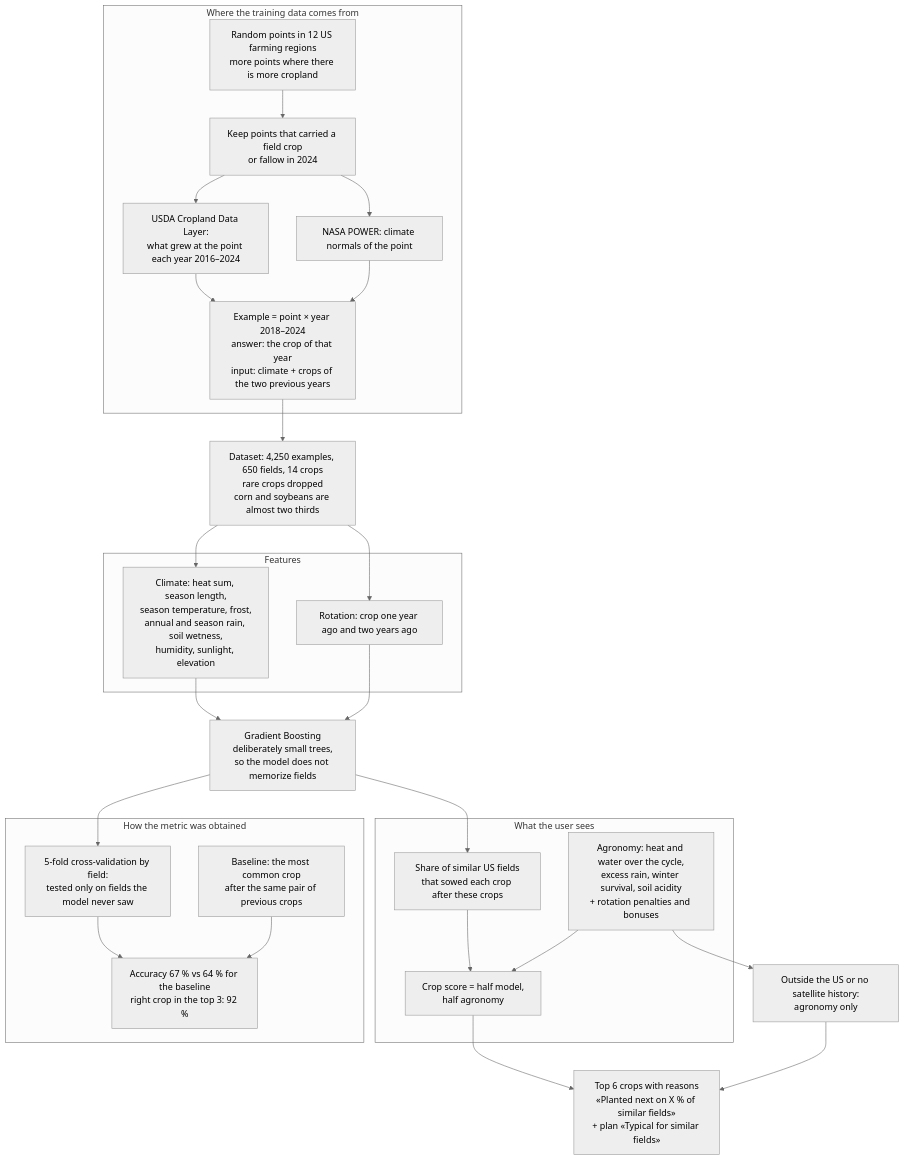
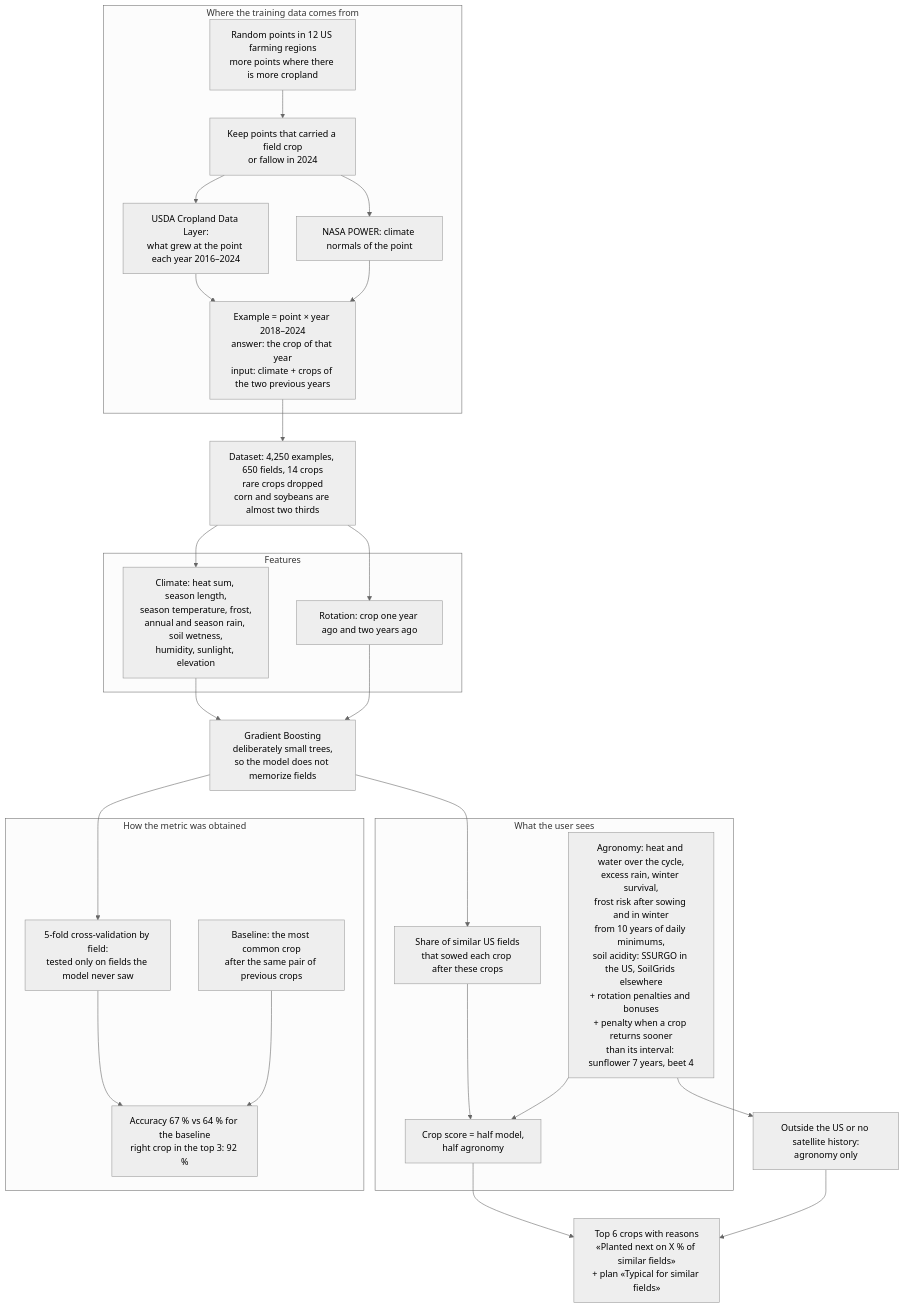
One commit to hishpania/NASASA changed the diagram in docs/diagrams/en/3-ml-rotation.mmd. Above: the diagram before and after it, drawn with Mermaid (neutral theme). The commit also changed 19 other files, not shown here.

Commit message:
Add SoilGrids pH, frost risk from daily minimums and a 7-year sunflower interval to crop advice

```diff
--- a/docs/diagrams/en/3-ml-rotation.mmd
+++ b/docs/diagrams/en/3-ml-rotation.mmd
@@ -1,44 +1,44 @@
 flowchart TB
   subgraph COLLECT["Where the training data comes from"]
     SAMPLE["Random points in 12 US farming regions<br/>more points where there is more cropland"]
     KEEP["Keep points that carried a field crop<br/>or fallow in 2024"]
     HIST["USDA Cropland Data Layer:<br/>what grew at the point each year 2016–2024"]
     NORMS["NASA POWER: climate normals of the point"]
     ROWS["Example = point × year 2018–2024<br/>answer: the crop of that year<br/>input: climate + crops of the two previous years"]
   end
   SAMPLE --> KEEP --> HIST --> ROWS
   KEEP --> NORMS --> ROWS
 
   DS["Dataset: 4,250 examples, 650 fields, 14 crops<br/>rare crops dropped<br/>corn and soybeans are almost two thirds"]
   ROWS --> DS
 
   subgraph FEAT["Features"]
     CF["Climate: heat sum, season length,<br/>season temperature, frost,<br/>annual and season rain, soil wetness,<br/>humidity, sunlight, elevation"]
     HF["Rotation: crop one year ago and two years ago"]
   end
   DS --> CF & HF
 
   MODEL["Gradient Boosting<br/>deliberately small trees,<br/>so the model does not memorize fields"]
   CF & HF --> MODEL
 
   subgraph VAL["How the metric was obtained"]
     GKF["5-fold cross-validation by field:<br/>tested only on fields the model never saw"]
     BASE["Baseline: the most common crop<br/>after the same pair of previous crops"]
     MET["Accuracy 67 % vs 64 % for the baseline<br/>right crop in the top 3: 92 %"]
   end
   MODEL --> GKF --> MET
   BASE --> MET
 
   subgraph INFER["What the user sees"]
     PROBA["Share of similar US fields<br/>that sowed each crop after these crops"]
-    RULES["Agronomy: heat and water over the cycle,<br/>excess rain, winter survival, soil acidity<br/>+ rotation penalties and bonuses"]
+    RULES["Agronomy: heat and water over the cycle,<br/>excess rain, winter survival,<br/>frost risk after sowing and in winter<br/>from 10 years of daily minimums,<br/>soil acidity: SSURGO in the US, SoilGrids elsewhere<br/>+ rotation penalties and bonuses<br/>+ penalty when a crop returns sooner<br/>than its interval: sunflower 7 years, beet 4"]
     BLEND["Crop score = half model,<br/>half agronomy"]
   end
   MODEL --> PROBA --> BLEND
   RULES --> BLEND
 
   OUTSIDE["Outside the US or no satellite history:<br/>agronomy only"]
   RULES --> OUTSIDE
 
   BLEND --> OUT["Top 6 crops with reasons<br/>«Planted next on X % of similar fields»<br/>+ plan «Typical for similar fields»"]
   OUTSIDE --> OUT
```
